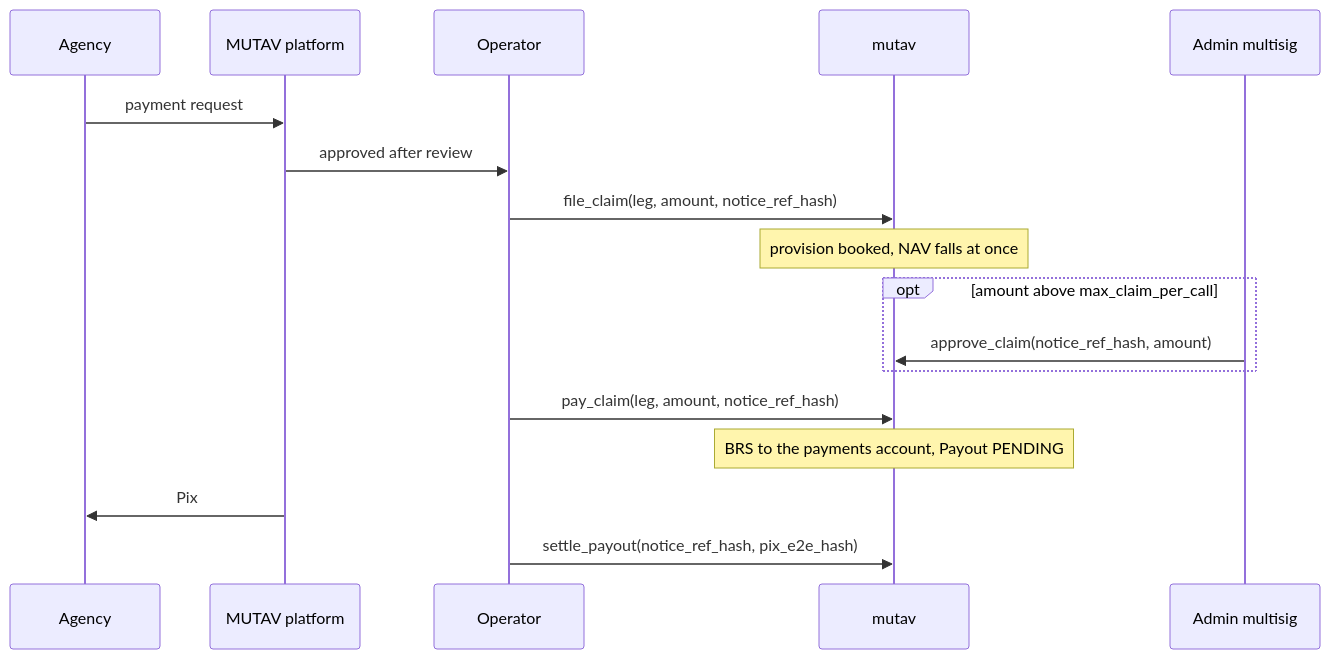
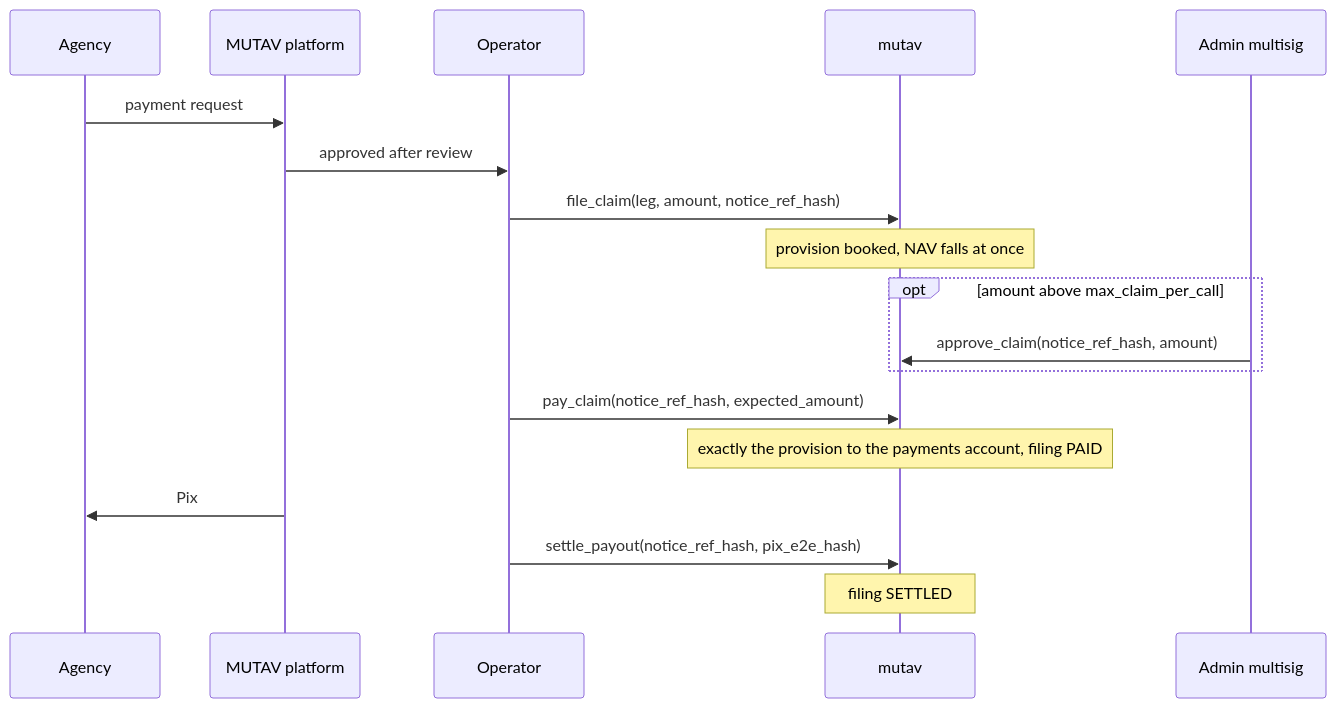
The third of 3 diagrams in docs/architecture/money-flows.md (mutav-finance/mutav-protocol-solana), drawn with Mermaid before and after one commit. The commit also changed other lines of this file and 41 other files, not shown here.

````diff
--- a/docs/architecture/money-flows.md
+++ b/docs/architecture/money-flows.md
@@ -136,19 +135,20 @@
 ```mermaid
 sequenceDiagram
   participant Agency
   participant Platform as MUTAV platform
   participant Op as Operator
   participant Program as mutav
   participant Admin as Admin multisig
   Agency->>Platform: payment request
   Platform->>Op: approved after review
   Op->>Program: file_claim(leg, amount, notice_ref_hash)
   Note over Program: provision booked, NAV falls at once
   opt amount above max_claim_per_call
     Admin->>Program: approve_claim(notice_ref_hash, amount)
   end
-  Op->>Program: pay_claim(leg, amount, notice_ref_hash)
-  Note over Program: BRS to the payments account, Payout PENDING
+  Op->>Program: pay_claim(notice_ref_hash, expected_amount)
+  Note over Program: exactly the provision to the payments account, filing PAID
   Platform->>Agency: Pix
   Op->>Program: settle_payout(notice_ref_hash, pix_e2e_hash)
+  Note over Program: filing SETTLED
 ```
````
